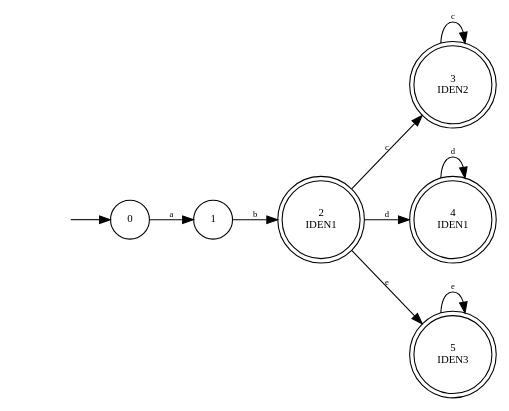
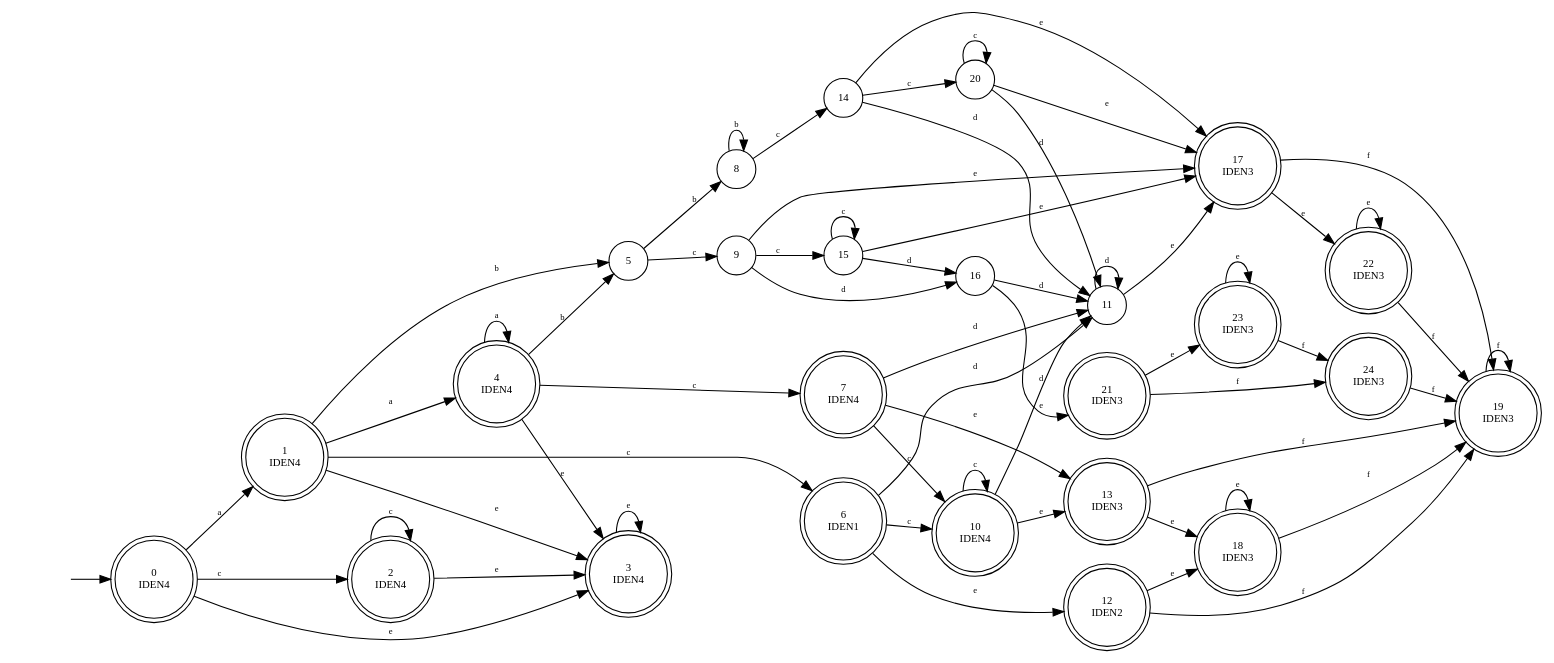
One commit to Logic-1729/CS2205-Lexer changed the diagram in custom_lexer_dfa.dot. Above: the diagram before and after it, drawn with Graphviz. The commit also changed 8 other files, not shown here.

```diff
--- a/custom_lexer_dfa.dot
+++ b/custom_lexer_dfa.dot
@@ -1,18 +1,82 @@
 digraph LexerDFA {
   rankdir=LR;
   node [shape=circle, fontsize=10];
   __start [shape=none, label=""];
   __start -> 0;
-  2 [shape=doublecircle, label="2\nIDEN1"];
-  3 [shape=doublecircle, label="3\nIDEN2"];
-  4 [shape=doublecircle, label="4\nIDEN1"];
-  5 [shape=doublecircle, label="5\nIDEN3"];
+  0 [shape=doublecircle, label="0\nIDEN4"];
+  1 [shape=doublecircle, label="1\nIDEN4"];
+  2 [shape=doublecircle, label="2\nIDEN4"];
+  3 [shape=doublecircle, label="3\nIDEN4"];
+  4 [shape=doublecircle, label="4\nIDEN4"];
+  6 [shape=doublecircle, label="6\nIDEN1"];
+  7 [shape=doublecircle, label="7\nIDEN4"];
+  10 [shape=doublecircle, label="10\nIDEN4"];
+  12 [shape=doublecircle, label="12\nIDEN2"];
+  13 [shape=doublecircle, label="13\nIDEN3"];
+  17 [shape=doublecircle, label="17\nIDEN3"];
+  18 [shape=doublecircle, label="18\nIDEN3"];
+  19 [shape=doublecircle, label="19\nIDEN3"];
+  21 [shape=doublecircle, label="21\nIDEN3"];
+  22 [shape=doublecircle, label="22\nIDEN3"];
+  23 [shape=doublecircle, label="23\nIDEN3"];
+  24 [shape=doublecircle, label="24\nIDEN3"];
   0 -> 1 [label="a", fontsize=8];
-  1 -> 2 [label="b", fontsize=8];
-  2 -> 3 [label="c", fontsize=8];
-  2 -> 4 [label="d", fontsize=8];
-  2 -> 5 [label="e", fontsize=8];
-  3 -> 3 [label="c", fontsize=8];
-  4 -> 4 [label="d", fontsize=8];
-  5 -> 5 [label="e", fontsize=8];
+  0 -> 2 [label="c", fontsize=8];
+  0 -> 3 [label="e", fontsize=8];
+  1 -> 3 [label="e", fontsize=8];
+  1 -> 4 [label="a", fontsize=8];
+  1 -> 5 [label="b", fontsize=8];
+  1 -> 6 [label="c", fontsize=8];
+  2 -> 2 [label="c", fontsize=8];
+  2 -> 3 [label="e", fontsize=8];
+  3 -> 3 [label="e", fontsize=8];
+  4 -> 3 [label="e", fontsize=8];
+  4 -> 4 [label="a", fontsize=8];
+  4 -> 5 [label="b", fontsize=8];
+  4 -> 7 [label="c", fontsize=8];
+  5 -> 8 [label="b", fontsize=8];
+  5 -> 9 [label="c", fontsize=8];
+  6 -> 10 [label="c", fontsize=8];
+  6 -> 11 [label="d", fontsize=8];
+  6 -> 12 [label="e", fontsize=8];
+  7 -> 10 [label="c", fontsize=8];
+  7 -> 11 [label="d", fontsize=8];
+  7 -> 13 [label="e", fontsize=8];
+  8 -> 8 [label="b", fontsize=8];
+  8 -> 14 [label="c", fontsize=8];
+  9 -> 15 [label="c", fontsize=8];
+  9 -> 16 [label="d", fontsize=8];
+  9 -> 17 [label="e", fontsize=8];
+  10 -> 10 [label="c", fontsize=8];
+  10 -> 11 [label="d", fontsize=8];
+  10 -> 13 [label="e", fontsize=8];
+  11 -> 11 [label="d", fontsize=8];
+  11 -> 17 [label="e", fontsize=8];
+  12 -> 18 [label="e", fontsize=8];
+  12 -> 19 [label="f", fontsize=8];
+  13 -> 18 [label="e", fontsize=8];
+  13 -> 19 [label="f", fontsize=8];
+  14 -> 11 [label="d", fontsize=8];
+  14 -> 17 [label="e", fontsize=8];
+  14 -> 20 [label="c", fontsize=8];
+  15 -> 15 [label="c", fontsize=8];
+  15 -> 16 [label="d", fontsize=8];
+  15 -> 17 [label="e", fontsize=8];
+  16 -> 11 [label="d", fontsize=8];
+  16 -> 21 [label="e", fontsize=8];
+  17 -> 19 [label="f", fontsize=8];
+  17 -> 22 [label="e", fontsize=8];
+  18 -> 18 [label="e", fontsize=8];
+  18 -> 19 [label="f", fontsize=8];
+  19 -> 19 [label="f", fontsize=8];
+  20 -> 11 [label="d", fontsize=8];
+  20 -> 17 [label="e", fontsize=8];
+  20 -> 20 [label="c", fontsize=8];
+  21 -> 23 [label="e", fontsize=8];
+  21 -> 24 [label="f", fontsize=8];
+  22 -> 19 [label="f", fontsize=8];
+  22 -> 22 [label="e", fontsize=8];
+  23 -> 23 [label="e", fontsize=8];
+  23 -> 24 [label="f", fontsize=8];
+  24 -> 19 [label="f", fontsize=8];
 }
```
